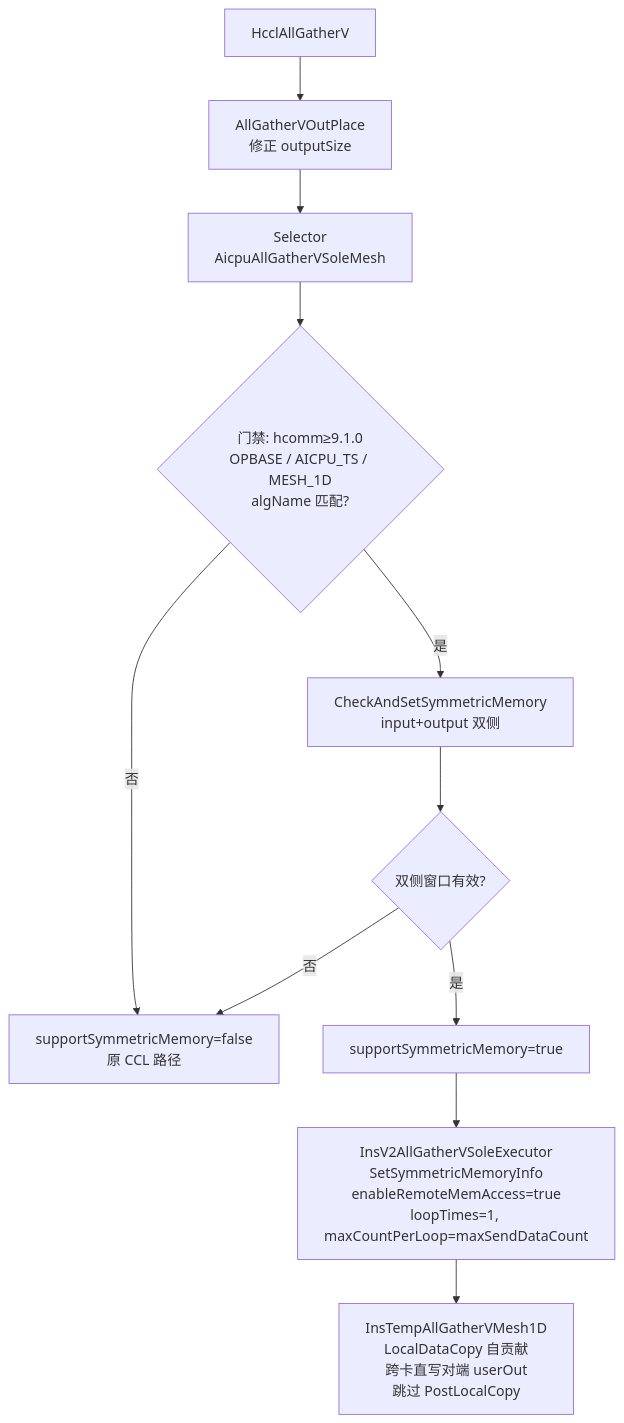
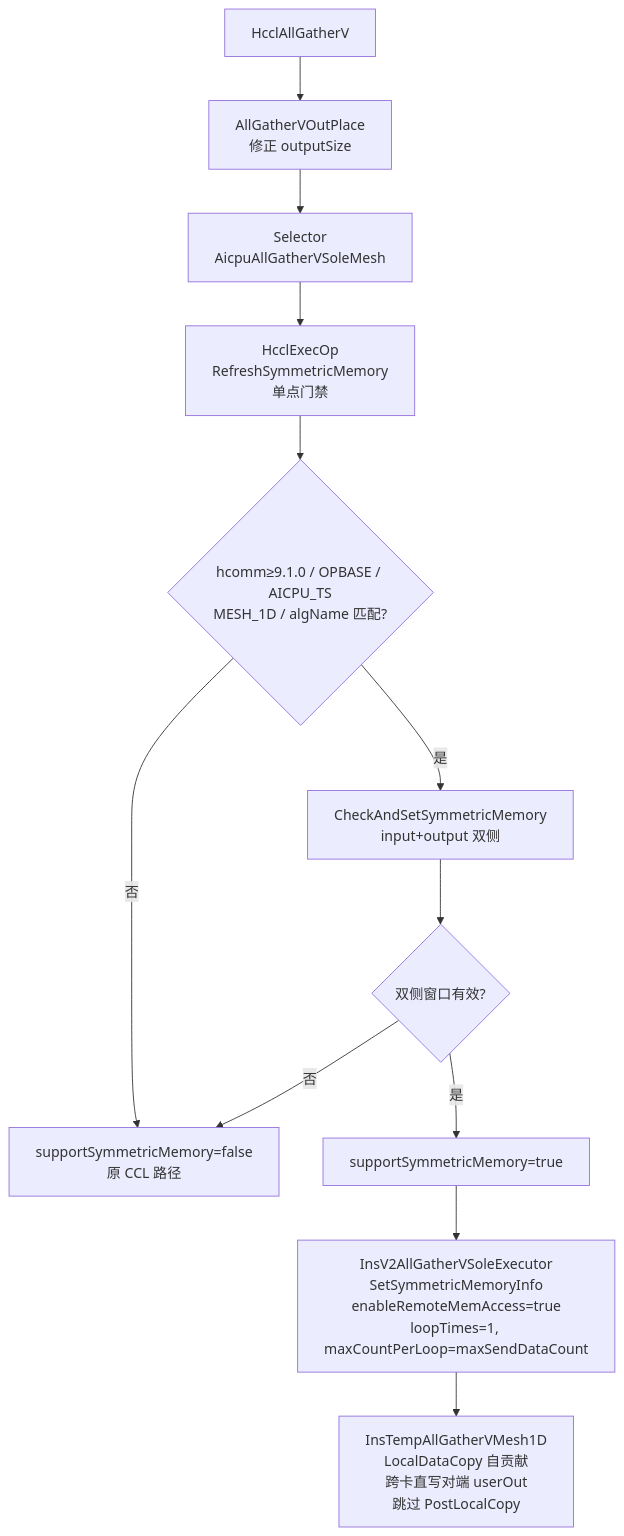
The fourth of 10 diagrams in design/26RP4/支持allgatherV、reduce算子的零拷贝模式/SRS_SD-AllGatherV与Reduce零拷贝.md (cassielee-tech/my-lib), drawn with Mermaid before and after one commit. The commit also changed other lines of this file, not shown here.

Commit message:
docs: 补充零拷贝关键流程图并同步实现口径

````diff
--- a/design/26RP4/支持allgatherV、reduce算子的零拷贝模式/SRS_SD-AllGatherV与Reduce零拷贝.md
+++ b/design/26RP4/支持allgatherV、reduce算子的零拷贝模式/SRS_SD-AllGatherV与Reduce零拷贝.md
@@ -204,13 +265,14 @@
 ```mermaid
 flowchart TD
     A["HcclAllGatherV"] --> B["AllGatherVOutPlace<br/>修正 outputSize"]
     B --> C["Selector<br/>AicpuAllGatherVSoleMesh"]
-    C --> D{"门禁: hcomm≥9.1.0<br/>OPBASE / AICPU_TS / MESH_1D<br/>algName 匹配?"}
-    D -- 否 --> X["supportSymmetricMemory=false<br/>原 CCL 路径"]
-    D -- 是 --> E["CheckAndSetSymmetricMemory<br/>input+output 双侧"]
-    E --> F{"双侧窗口有效?"}
-    F -- 否 --> X
-    F -- 是 --> G["supportSymmetricMemory=true"]
-    G --> H["InsV2AllGatherVSoleExecutor<br/>SetSymmetricMemoryInfo<br/>enableRemoteMemAccess=true<br/>loopTimes=1, maxCountPerLoop=maxSendDataCount"]
-    H --> I["InsTempAllGatherVMesh1D<br/>LocalDataCopy 自贡献<br/>跨卡直写对端 userOut<br/>跳过 PostLocalCopy"]
+    C --> D["HcclExecOp<br/>RefreshSymmetricMemory<br/>单点门禁"]
+    D --> E{"hcomm≥9.1.0 / OPBASE / AICPU_TS<br/>MESH_1D / algName 匹配?"}
+    E -- 否 --> X["supportSymmetricMemory=false<br/>原 CCL 路径"]
+    E -- 是 --> F["CheckAndSetSymmetricMemory<br/>input+output 双侧"]
+    F --> G{"双侧窗口有效?"}
+    G -- 否 --> X
+    G -- 是 --> H["supportSymmetricMemory=true"]
+    H --> I["InsV2AllGatherVSoleExecutor<br/>SetSymmetricMemoryInfo<br/>enableRemoteMemAccess=true<br/>loopTimes=1, maxCountPerLoop=maxSendDataCount"]
+    I --> J["InsTempAllGatherVMesh1D<br/>LocalDataCopy 自贡献<br/>跨卡直写对端 userOut<br/>跳过 PostLocalCopy"]
 ```
````
